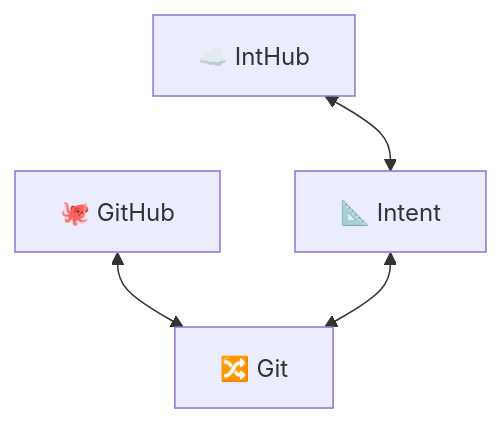
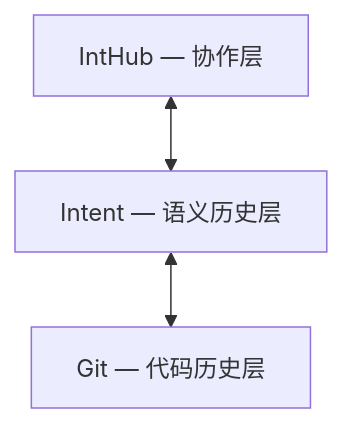
One commit to dozybot001/Intent changed the third of 3 diagrams in README.CN.md. Above: the diagram before and after it, drawn with Mermaid. The commit also changed 3 other files, not shown here.

First line of the commit message:
Simplify stack diagram: remove GitHub, remove emoji icons

````diff
--- a/README.CN.md
+++ b/README.CN.md
@@ -83,7 +83,7 @@
 ```mermaid
 flowchart TB
-  Hub["☁️ IntHub"] ~~~ GH["🐙 GitHub"]
-  Hub <--> Intent["📐 Intent"]
-  GH <--> Git["🔀 Git"]
-  Intent <--> Git
+  Hub["IntHub — 协作层"]
+  Intent["Intent — 语义历史层"]
+  Git["Git — 代码历史层"]
+  Hub <--> Intent <--> Git
 ```
````
